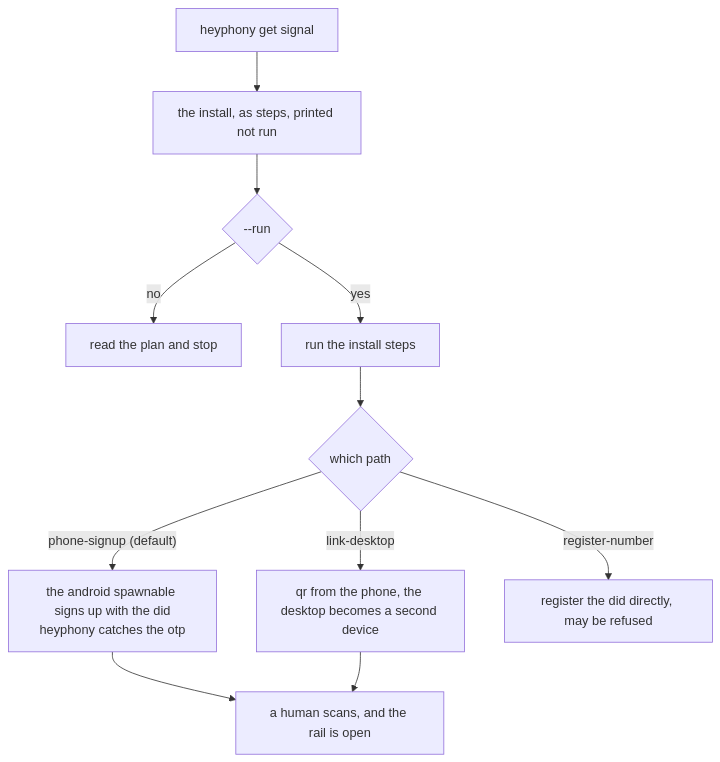
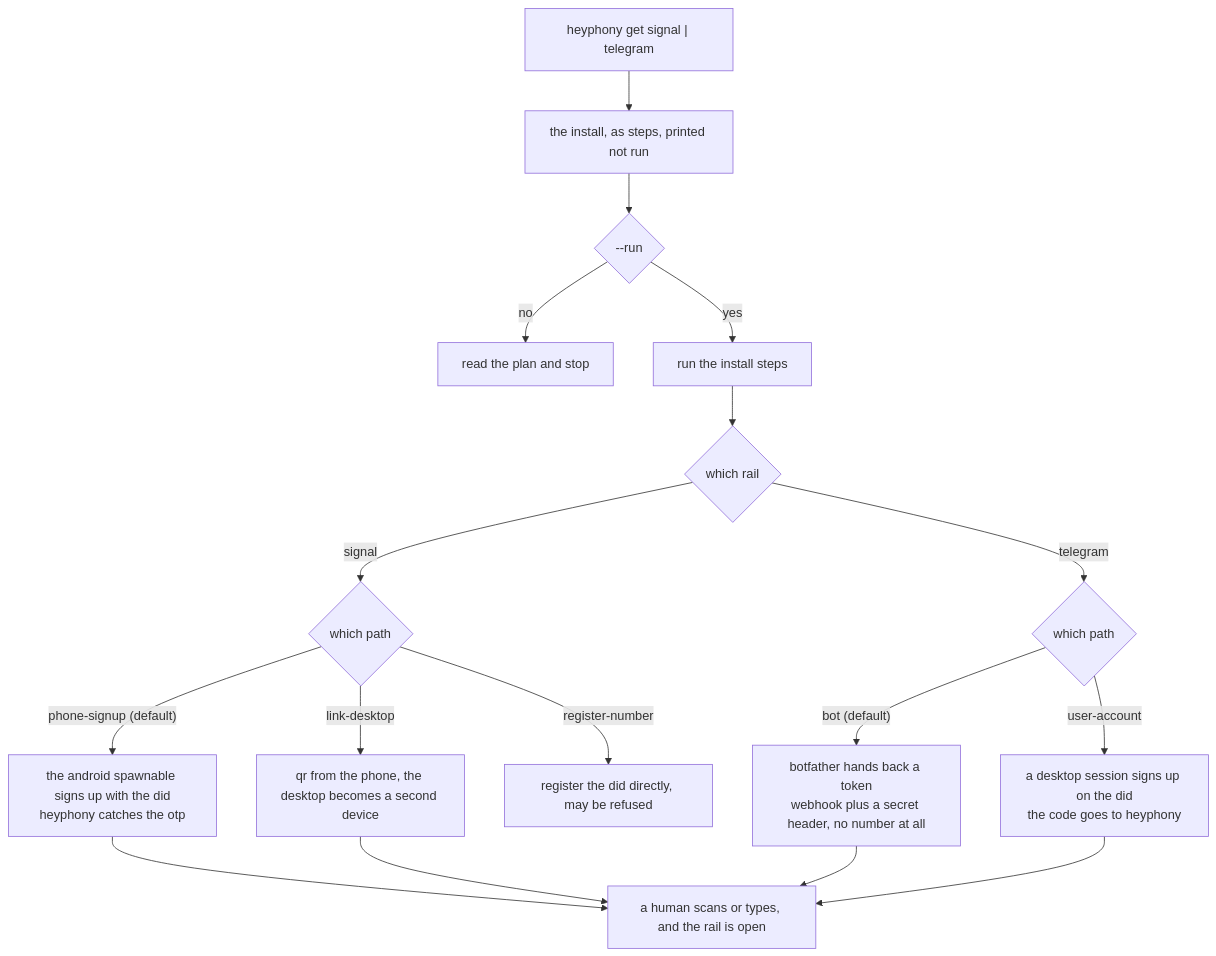
The diagram in heyphony/src/onramp/readme.md (tinkrland/spawnables), drawn with Mermaid before and after one commit. The commit also changed other lines of this file and 7 other files, not shown here.

````diff
--- a/heyphony/src/onramp/readme.md
+++ b/heyphony/src/onramp/readme.md
@@ -5,13 +5,19 @@
 ```mermaid
 flowchart TD
-    A["heyphony get signal"] --> B["the install, as steps, printed not run"]
+    A["heyphony get signal | telegram"] --> B["the install, as steps, printed not run"]
     B --> C{"--run"}
     C -- "no" --> D["read the plan and stop"]
     C -- "yes" --> E["run the install steps"]
-    E --> F{"which path"}
-    F -- "phone-signup (default)" --> G["the android spawnable signs up with the did<br/>heyphony catches the otp"]
-    F -- "link-desktop" --> H["qr from the phone, the desktop becomes a second device"]
-    F -- "register-number" --> I["register the did directly, may be refused"]
-    G --> J["a human scans, and the rail is open"]
+    E --> S{"which rail"}
+    S -- "signal" --> S1{"which path"}
+    S1 -- "phone-signup (default)" --> G["the android spawnable signs up with the did<br/>heyphony catches the otp"]
+    S1 -- "link-desktop" --> H["qr from the phone, the desktop becomes a second device"]
+    S1 -- "register-number" --> I["register the did directly, may be refused"]
+    S -- "telegram" --> T1{"which path"}
+    T1 -- "bot (default)" --> G2["botfather hands back a token<br/>webhook plus a secret header, no number at all"]
+    T1 -- "user-account" --> G3["a desktop session signs up on the did<br/>the code goes to heyphony"]
+    G --> J["a human scans or types, and the rail is open"]
     H --> J
+    G2 --> J
+    G3 --> J
 ```
````
